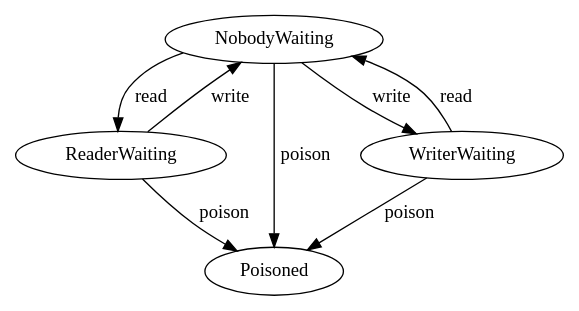
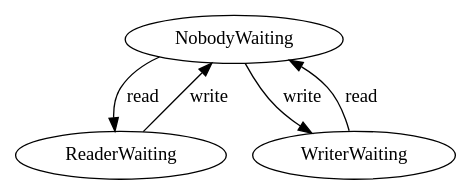
The diagram in report/channel-state.dot (Ahnfelt/mlcsp), drawn with Graphviz before and after one commit. The commit also changed 3 other files, not shown here.

```diff
--- a/report/channel-state.dot
+++ b/report/channel-state.dot
@@ -1,9 +1,6 @@
 digraph g {
     NobodyWaiting -> ReaderWaiting [label=read]
-    NobodyWaiting -> Poisoned [label=poison]
     NobodyWaiting -> WriterWaiting [label=write]
-    ReaderWaiting -> Poisoned [label=poison]
-    WriterWaiting -> Poisoned [label=poison]
     ReaderWaiting -> NobodyWaiting [label=write]
     WriterWaiting -> NobodyWaiting [label=read]
 }
```
